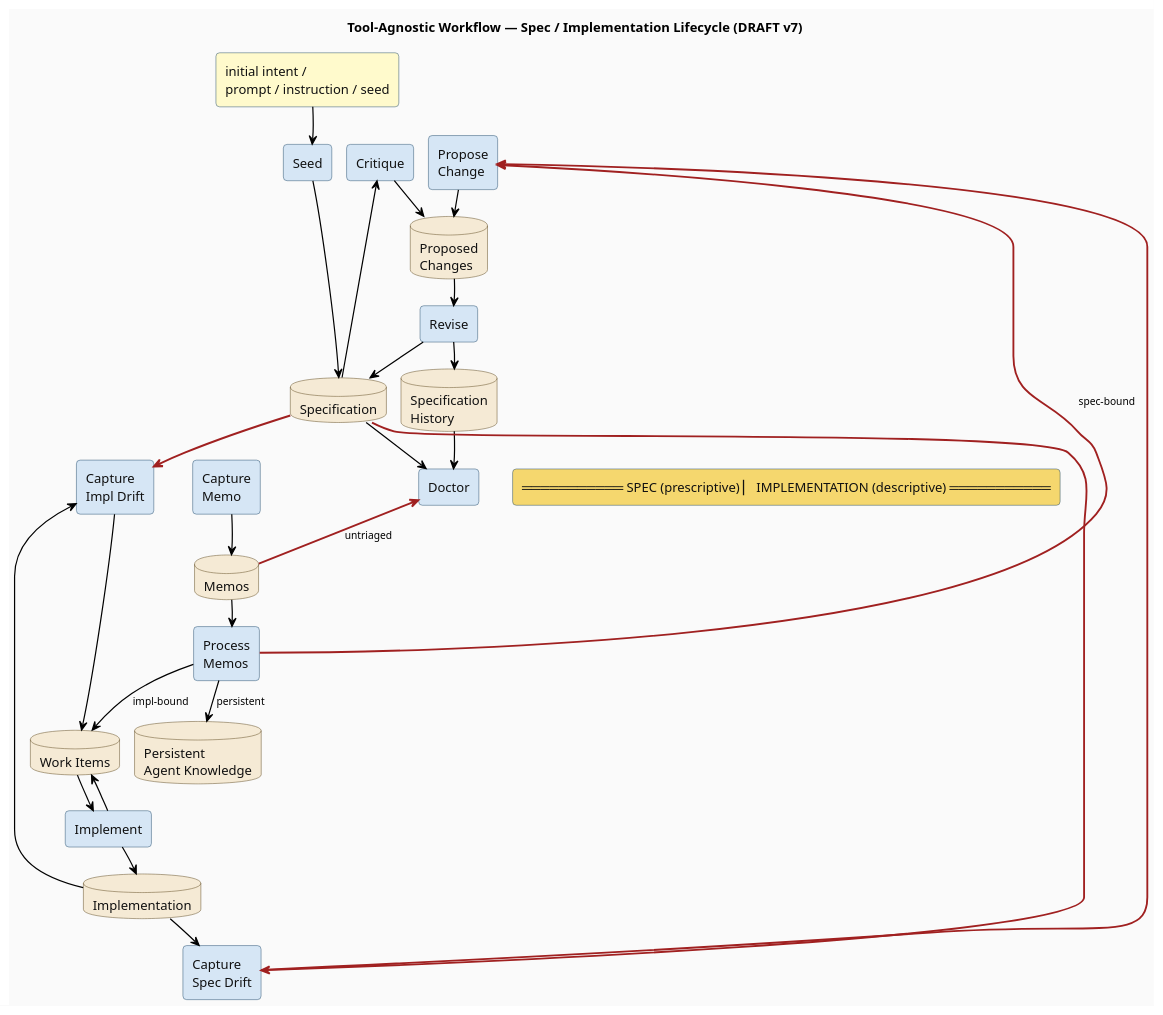
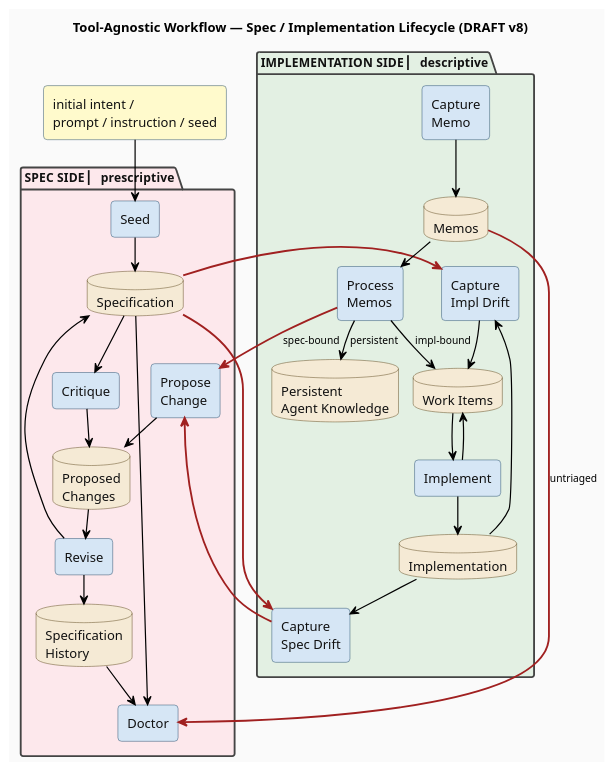
One commit to thewoolleyman/livespec changed the diagram in research/workflow-processes/diagrams/draft-tool-agnostic-workflow.plantuml. Above: the diagram before and after it, drawn with PlantUML. The commit also changed 1 other file, not shown here.

```diff
--- a/research/workflow-processes/diagrams/draft-tool-agnostic-workflow.plantuml
+++ b/research/workflow-processes/diagrams/draft-tool-agnostic-workflow.plantuml
@@ -1,165 +1,136 @@
 @startuml draft-tool-agnostic-workflow
-title Tool-Agnostic Workflow — Spec / Implementation Lifecycle (DRAFT v7)
+title Tool-Agnostic Workflow — Spec / Implementation Lifecycle (DRAFT v8)
 
-' Layout: flat (no outer containers). Vertical stacking enforced
-' via `together { }` blocks grouping each side, plus aggressive
-' hidden edges anchoring the WALL as a horizontal divider.
+' Container approach: package shapes for SPEC SIDE and
+' IMPLEMENTATION SIDE. Accepts PlantUML's default side-by-side
+' container layout in exchange for clean visual grouping that
+' the v4-v7 flat-layout approach couldn't provide.
+'
+' v8 = v7 content + package containers:
+' - Single input box (no actor figures)
+' - Spec → Capture Spec Drift edge included
+' - Pure black arrows, dark fonts everywhere
+' - Container packages do the spec/impl grouping (no separate
+'   SPEC SIDE / IMPLEMENTATION SIDE label boxes; no WALL element)
 
 skinparam defaultFontName Helvetica
 skinparam shadowing false
 skinparam BackgroundColor #fafafa
 skinparam ArrowColor #000000
 skinparam ArrowFontColor #000000
 skinparam ArrowFontSize 11
 skinparam ArrowThickness 1.3
 skinparam nodesep 16
-skinparam ranksep 28
+skinparam ranksep 26
 hide stereotype
+
+skinparam package {
+  FontColor #111
+  FontSize 13
+  FontStyle bold
+  BorderColor #444
+  BorderThickness 2
+}
 
 skinparam rectangle {
   BackgroundColor #d6e6f5
   BorderColor #1f4768
   FontColor #111
   RoundCorner 8
 }
 
 skinparam database {
   BackgroundColor #f5ead5
   BorderColor #5a4319
   FontColor #111
 }
 
 ' ============================================================
 ' EXTERNAL INPUT (replaces actors)
 ' ============================================================
 
 rectangle "initial intent /\nprompt / instruction / seed" as Input #fffacc
 
 ' ============================================================
-' SPEC SIDE — top half (grouped via `together`)
+' SPEC SIDE
 ' ============================================================
 
-together {
+package "SPEC SIDE  ▏ prescriptive" as SpecPkg #fde8ec {
   rectangle "Seed" as Seed
   rectangle "Propose\nChange" as Propose
   rectangle "Critique" as Critique
   rectangle "Revise" as Revise
   rectangle "Doctor" as Doctor
 
   database "Specification" as Spec
   database "Proposed\nChanges" as PCQueue
   database "Specification\nHistory" as History
 }
 
 ' ============================================================
-' WALL — horizontal divider
+' IMPLEMENTATION SIDE
 ' ============================================================
 
-rectangle "═══════════  SPEC  (prescriptive)   ▏   IMPLEMENTATION  (descriptive)  ═══════════" as Wall #f5d76e
-
-' ============================================================
-' IMPLEMENTATION SIDE — bottom half (grouped via `together`)
-' ============================================================
-
-together {
+package "IMPLEMENTATION SIDE  ▏ descriptive" as ImplPkg #e3f0e3 {
   rectangle "Capture\nImpl Drift" as CaptureImplDrift
   rectangle "Implement" as Implement
   rectangle "Capture\nSpec Drift" as CaptureSpecDrift
   rectangle "Capture\nMemo" as CaptureMemo
   rectangle "Process\nMemos" as ProcessMemos
 
   database "Implementation" as Impl
   database "Work Items" as WorkItems
   database "Memos" as Memos
   database "Persistent\nAgent Knowledge" as AgentKnowledge
 }
 
 ' ============================================================
-' WALL ANCHORING (force WALL between the two together-groups)
-' ============================================================
-
-Input -[hidden]down-> Seed
-
-Seed     -[hidden]down-> Wall
-Propose  -[hidden]down-> Wall
-Critique -[hidden]down-> Wall
-Revise   -[hidden]down-> Wall
-Doctor   -[hidden]down-> Wall
-Spec     -[hidden]down-> Wall
-PCQueue  -[hidden]down-> Wall
-History  -[hidden]down-> Wall
-
-Wall -[hidden]down-> CaptureImplDrift
-Wall -[hidden]down-> Implement
-Wall -[hidden]down-> CaptureSpecDrift
-Wall -[hidden]down-> CaptureMemo
-Wall -[hidden]down-> ProcessMemos
-Wall -[hidden]down-> Impl
-Wall -[hidden]down-> WorkItems
-Wall -[hidden]down-> Memos
-Wall -[hidden]down-> AgentKnowledge
-
-' Intra-spec layout
-Seed -[hidden]down-> Spec
-Spec -[hidden]down-> PCQueue
-PCQueue -[hidden]down-> Revise
-Revise -[hidden]down-> History
-History -[hidden]down-> Doctor
-Seed -[hidden]right-> Propose
-Propose -[hidden]right-> Critique
-
-' Intra-impl layout
-CaptureImplDrift -[hidden]down-> WorkItems
-WorkItems -[hidden]down-> Implement
-Implement -[hidden]down-> Impl
-Impl -[hidden]down-> CaptureSpecDrift
-CaptureImplDrift -[hidden]right-> CaptureMemo
-CaptureMemo -[hidden]down-> Memos
-Memos -[hidden]down-> ProcessMemos
-ProcessMemos -[hidden]down-> AgentKnowledge
-
-' ============================================================
 ' VISIBLE EDGES (data flow)
 ' ============================================================
 
+' External input → Seed
 Input --> Seed
 
 ' Spec lifecycle
 Seed --> Spec
 Propose --> PCQueue
 PCQueue --> Revise
 Revise --> Spec
 Revise --> History
 Spec --> Critique
 Critique --> PCQueue
 Spec --> Doctor
 History --> Doctor
 
-' Cross-boundary: SPEC ⇣ IMPL
+' Cross-boundary: SPEC → IMPL (prescription)
 Spec -[#a02020,thickness=2]-> CaptureImplDrift
+
+' Cross-boundary: SPEC → IMPL (spec input to drift detection)
 Spec -[#a02020,thickness=2]-> CaptureSpecDrift
 
 ' Impl gap lifecycle
 Impl --> CaptureImplDrift
 CaptureImplDrift --> WorkItems
 WorkItems --> Implement
 Implement --> Impl
 Implement --> WorkItems
 
 ' Spec-drift detection
 Impl --> CaptureSpecDrift
 
-' Cross-boundary: IMPL ⇡ SPEC
+' Cross-boundary: IMPL → SPEC (drift findings)
 CaptureSpecDrift -[#a02020,thickness=2]-> Propose
 
 ' Memo lifecycle
 CaptureMemo --> Memos
 Memos --> ProcessMemos
 ProcessMemos --> WorkItems : impl-bound
 ProcessMemos --> AgentKnowledge : persistent
 
-' Cross-boundary: IMPL ⇡ SPEC
+' Cross-boundary: IMPL → SPEC (spec-bound memo)
 ProcessMemos -[#a02020,thickness=2]-> Propose : spec-bound
+
+' Cross-boundary: IMPL → SPEC (doctor hygiene query)
 Memos -[#a02020,thickness=2]-> Doctor : untriaged
 
 @enduml
```
